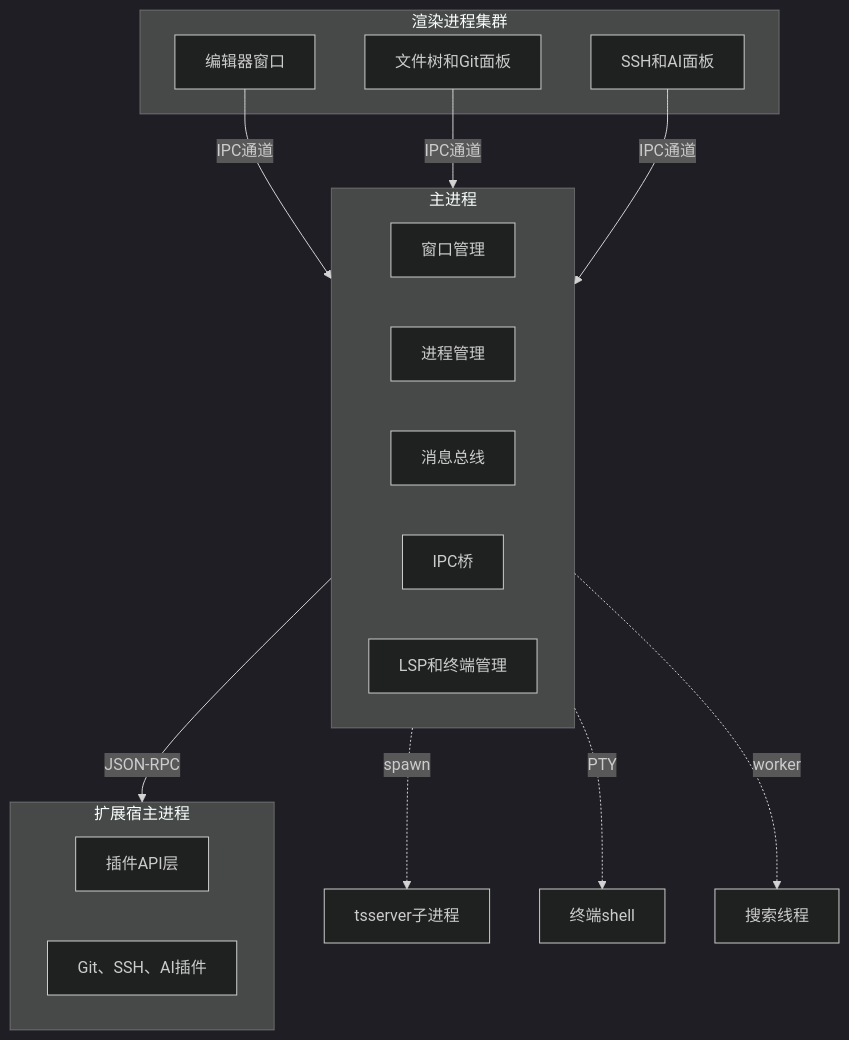
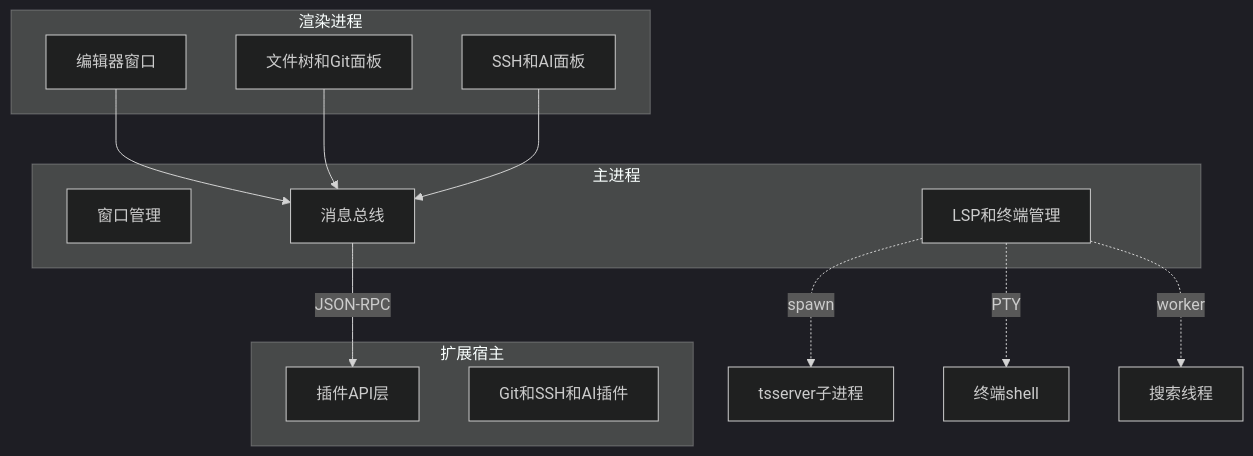
Before and after one commit to chongyin10/ideaCode: the first of 8 diagrams in README.md, drawn with Mermaid (dark theme). The commit also changed other lines of this file, not shown here.

````diff
--- a/README.md
+++ b/README.md
@@ -135,27 +135,25 @@
 ```mermaid
 flowchart TB
-    subgraph Renderer["渲染进程集群"]
+    subgraph R["渲染进程"]
         R1["编辑器窗口"]
         R2["文件树和Git面板"]
         Rn["SSH和AI面板"]
     end
-    subgraph Main["主进程"]
+    subgraph M["主进程"]
         M1["窗口管理"]
-        M2["进程管理"]
         M3["消息总线"]
-        M4["IPC桥"]
         M5["LSP和终端管理"]
     end
-    subgraph ExtensionHost["扩展宿主进程"]
+    subgraph EH["扩展宿主"]
         E1["插件API层"]
-        E2["Git、SSH、AI插件"]
+        E2["Git和SSH和AI插件"]
     end
 
-    R1 -->|IPC通道| Main
-    R2 -->|IPC通道| Main
-    Rn -->|IPC通道| Main
-    Main -->|JSON-RPC| ExtensionHost
-    Main -.->|spawn| T["tsserver子进程"]
-    Main -.->|PTY| P["终端shell"]
-    Main -.->|worker| W["搜索线程"]
+    R1 --> M3
+    R2 --> M3
+    Rn --> M3
+    M3 -->|JSON-RPC| E1
+    M5 -.->|spawn| T["tsserver子进程"]
+    M5 -.->|PTY| P["终端shell"]
+    M5 -.->|worker| W["搜索线程"]
 ```
````
